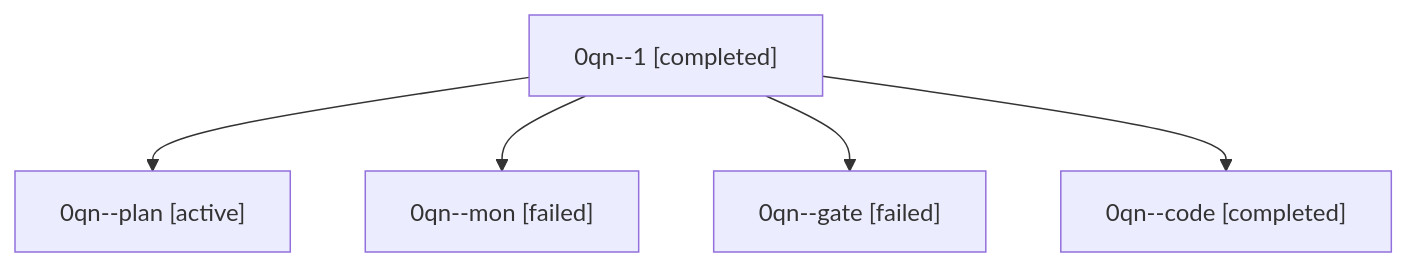
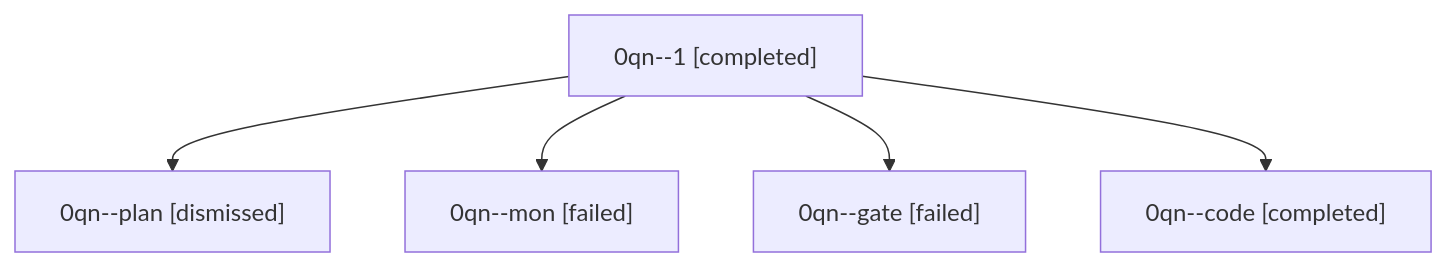
The diagram in sessions/bbugyi200.athena.0qn.md (sase-org/sase--agents), drawn with Mermaid before and after one commit. The commit also changed other lines of this file and 29 other files, not shown here.

````diff
--- a/sessions/bbugyi200.athena.0qn.md
+++ b/sessions/bbugyi200.athena.0qn.md
@@ -9,12 +9,12 @@
 ```mermaid
 flowchart TD
   n0["0qn--1 [completed]"]
-  n1["0qn--plan [active]"]
+  n1["0qn--plan [dismissed]"]
   n0 --> n1
   n2["0qn--mon [failed]"]
   n0 --> n2
   n3["0qn--gate [failed]"]
   n0 --> n3
   n4["0qn--code [completed]"]
   n0 --> n4
 ```
````
